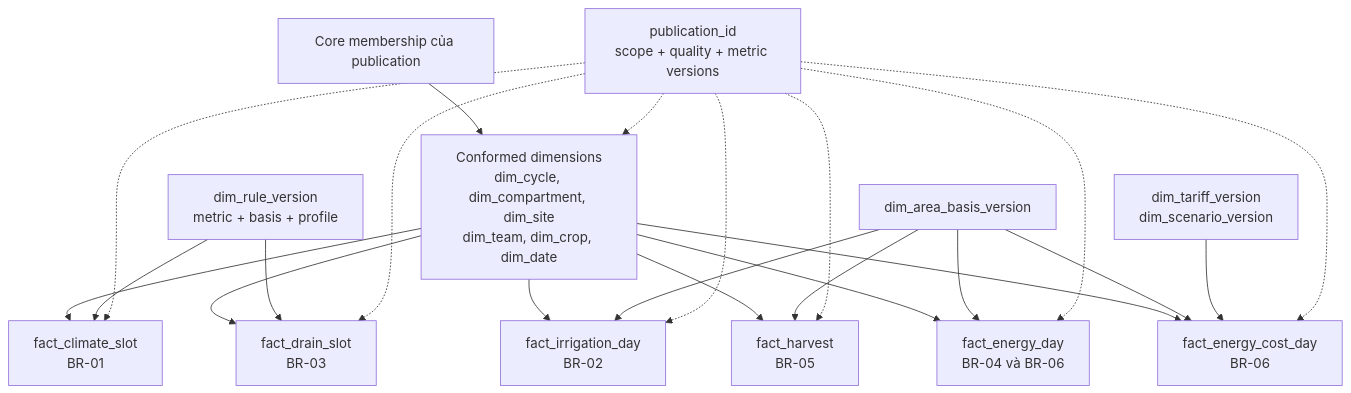
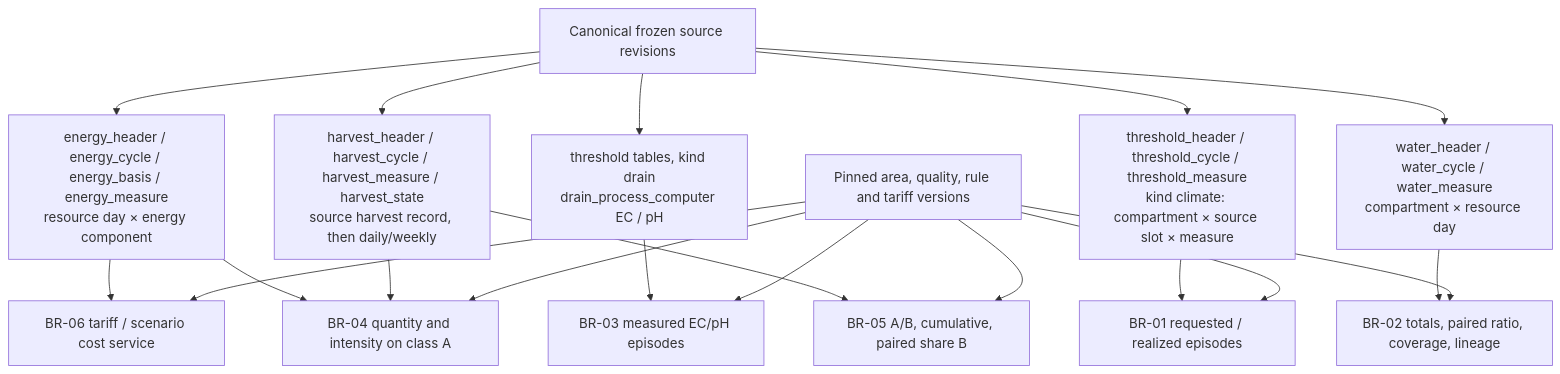
Before and after one commit to arcanine525/smart-green-house: the diagram in docs/architecture/07-data-marts.md, drawn with Mermaid. The commit also changed other lines of this file and 47 other files, not shown here.

````diff
--- a/docs/architecture/07-data-marts.md
+++ b/docs/architecture/07-data-marts.md
@@ -7,24 +7,21 @@
 ```mermaid
 flowchart TB
-    CORE["Core membership của publication"] --> DIM["Conformed dimensions<br/>dim_cycle, dim_compartment, dim_site<br/>dim_team, dim_crop, dim_date"]
-    DIM --> FC["fact_climate_slot<br/>BR-01"]
-    DIM --> FD["fact_drain_slot<br/>BR-03"]
-    DIM --> FI["fact_irrigation_day<br/>BR-02"]
-    DIM --> FH["fact_harvest<br/>BR-05"]
-    DIM --> FE["fact_energy_day<br/>BR-04 và BR-06"]
-    DIM --> COST["fact_energy_cost_day<br/>BR-06"]
-    RULE["dim_rule_version<br/>metric + basis + profile"] --> FC
-    RULE --> FD
-    BASIS["dim_area_basis_version"] --> FI
-    BASIS --> FE
-    BASIS --> FH
-    BASIS --> COST
-    SCENARIO["dim_tariff_version<br/>dim_scenario_version"] --> COST
-    PUB["publication_id<br/>scope + quality + metric versions"] -.-> DIM
-    PUB -.-> FC
-    PUB -.-> FD
-    PUB -.-> FI
-    PUB -.-> FH
-    PUB -.-> FE
-    PUB -.-> COST
+    CORE["Canonical frozen source revisions"] --> WATER["water_header / water_cycle / water_measure<br/>compartment × resource day"]
+    CORE --> HARVEST["harvest_header / harvest_cycle / harvest_measure / harvest_state<br/>source harvest record, then daily/weekly"]
+    CORE --> CLIMATE["threshold_header / threshold_cycle / threshold_measure<br/>kind climate: compartment × source slot × measure"]
+    CORE --> DRAIN["threshold tables, kind drain<br/>drain_process_computer EC / pH"]
+    CORE --> ENERGY["energy_header / energy_cycle / energy_basis / energy_measure<br/>resource day × energy component"]
+    WATER --> BR2["BR-02 totals, paired ratio, coverage, lineage"]
+    HARVEST --> BR5["BR-05 A/B, cumulative, paired share B"]
+    CLIMATE --> BR1["BR-01 requested / realized episodes"]
+    DRAIN --> BR3["BR-03 measured EC/pH episodes"]
+    ENERGY --> BR4["BR-04 quantity and intensity on class A"]
+    HARVEST --> BR4
+    ENERGY --> BR6["BR-06 tariff / scenario cost service"]
+    CFG["Pinned area, quality, rule and tariff versions"] --> BR1
+    CFG --> BR2
+    CFG --> BR3
+    CFG --> BR4
+    CFG --> BR5
+    CFG --> BR6
 ```
````
